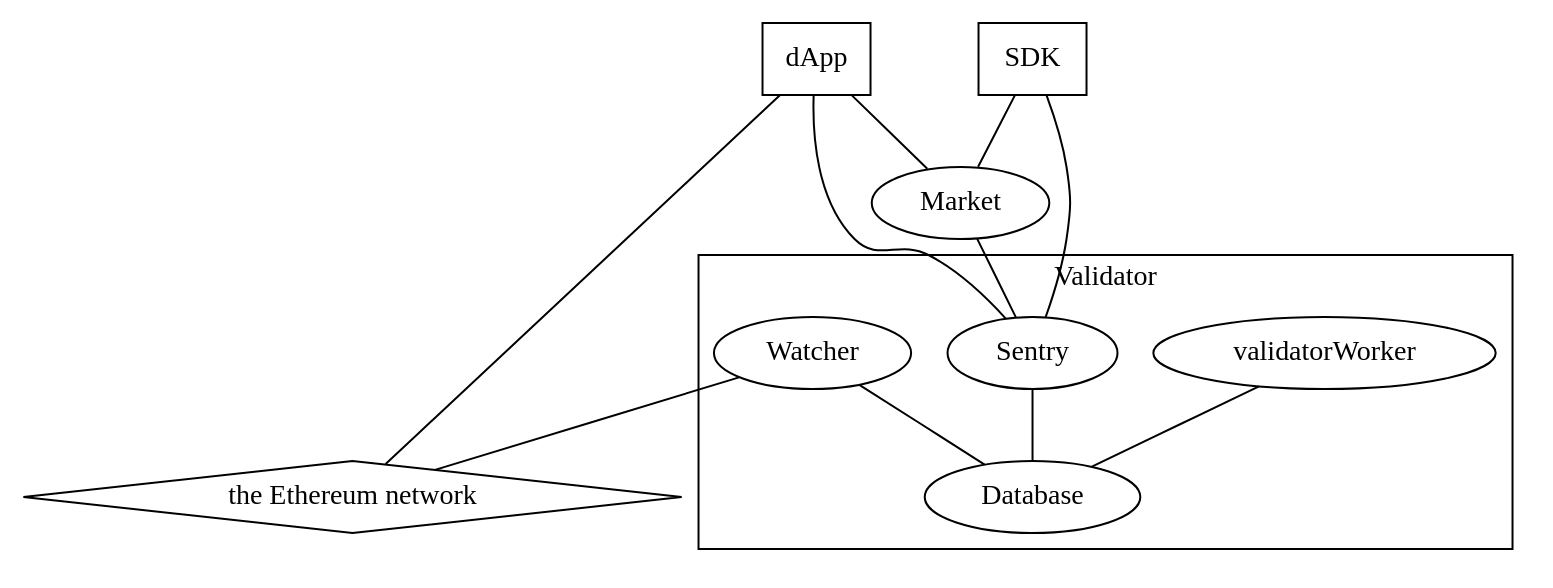
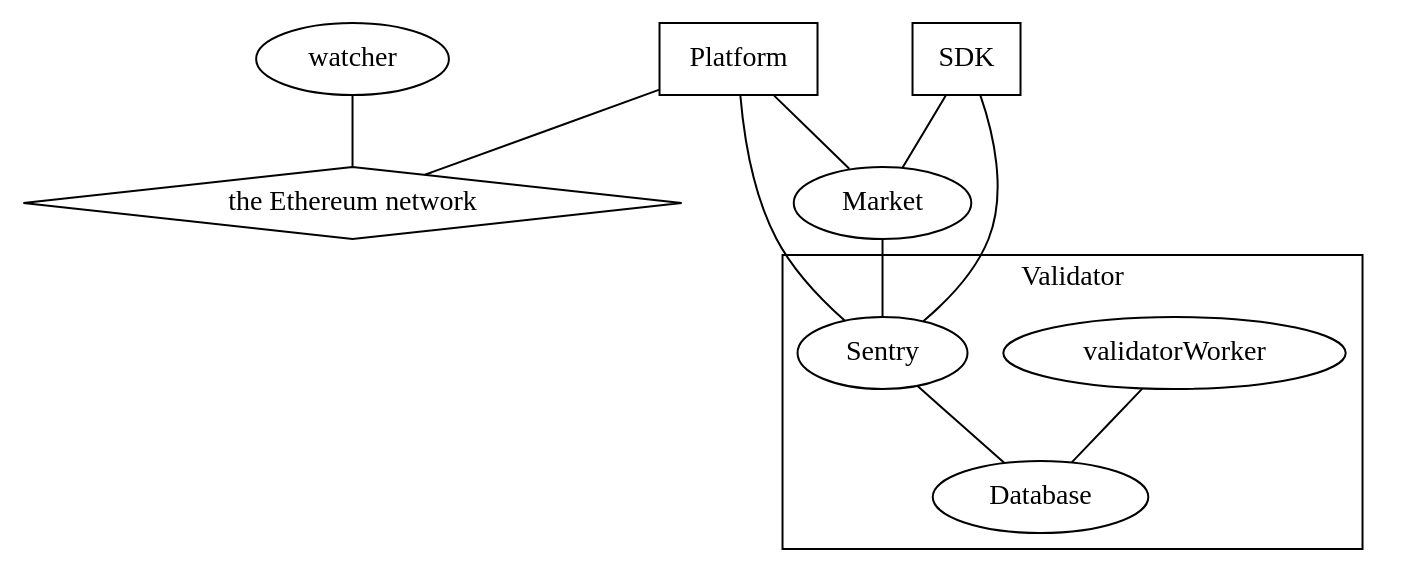
One commit to AmbireTech/adex-protocol changed the diagram in graphs/architecture.dot. Above: the diagram before and after it, drawn with Graphviz.

Commit message:
update graphs/architecture: remove watcher, rename dapp

```diff
--- a/graphs/architecture.dot
+++ b/graphs/architecture.dot
@@ -1,26 +1,24 @@
 graph {
-	// @TODO: users, SDK
+	// @TODO: users, AdView
 	// @TODO: can we visualize what data flows between the components?
 	// @TODO: most validator stack components use the adapter, and the adapter uses adex-protocol-eth
 	subgraph cluster_validator {
 		label="Validator";
 		db[label="Database"];
 		worker[label="validatorWorker"];
 		sentry[label="Sentry"];
-		watcher[label="Watcher"];
 		worker -- db;
 		sentry -- db;
-		watcher -- db;
 	}
 	market[label="Market"];
 	market -- sentry;
 	ethereum[label="the Ethereum network", shape="diamond"];
 	watcher -- ethereum;
-	dapp[label="dApp",shape="box"];
-	dapp -- market;
-	dapp -- sentry;
-	dapp -- ethereum;
+	platform[label="Platform",shape="box"];
+	platform -- market;
+	platform -- sentry;
+	platform -- ethereum;
 	SDK[shape="box"];
 	SDK -- sentry;
 	SDK -- market;
 }
```
